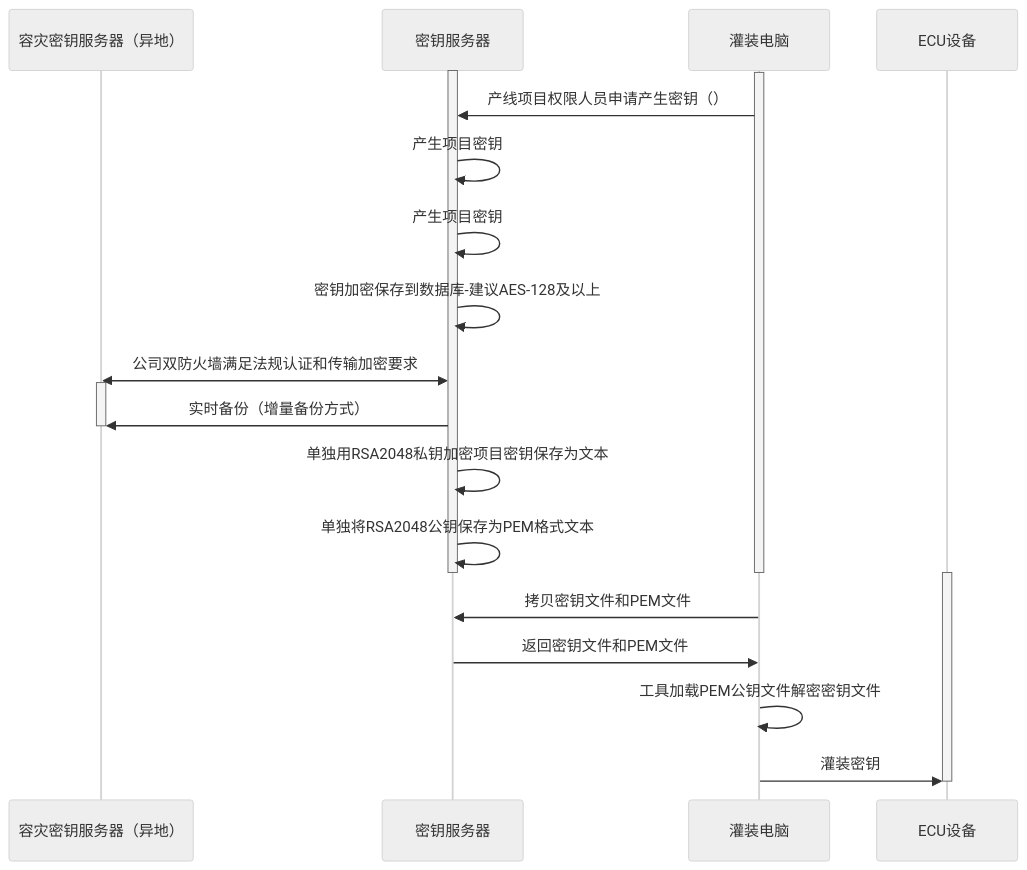
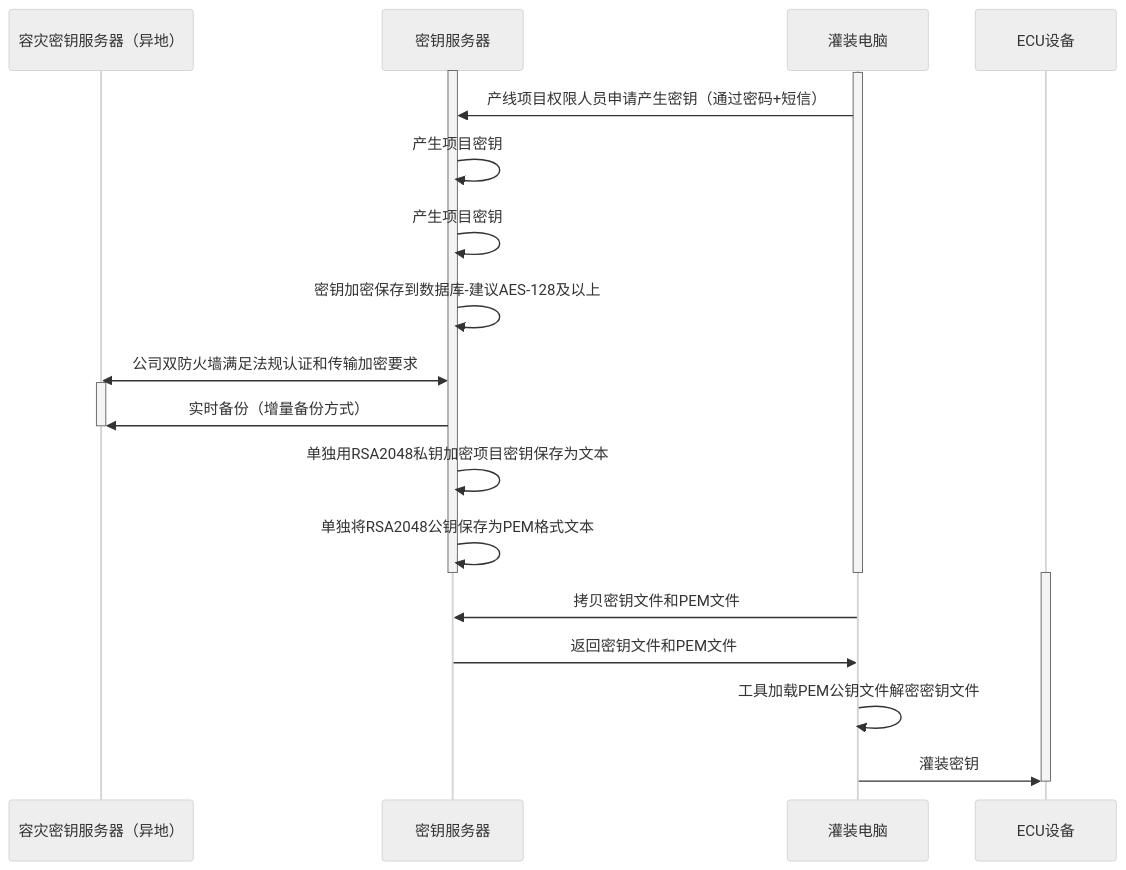
The diagram in all/未命名-15.md (facebook-cloud/iodraw-files), drawn with Mermaid (neutral theme) before and after one commit.

Commit message:
2026-02-11 19:24:40 update

````diff
--- a/all/未命名-15.md
+++ b/all/未命名-15.md
@@ -1,31 +1,31 @@
 ```mermaid
 sequenceDiagram
     participant A as 容灾密钥服务器（异地）
     participant B as 密钥服务器
     participant D as 灌装电脑
     participant E as ECU设备
 
     activate B
     activate D
-    D->>B: 产线项目权限人员申请产生密钥（）
+    D->>B: 产线项目权限人员申请产生密钥（通过密码+短信）
     B->>B: 产生项目密钥
     B->>B: 产生项目密钥
     B->>B: 密钥加密保存到数据库-建议AES-128及以上
     A<<->>B: 公司双防火墙满足法规认证和传输加密要求
 
     activate A
     B->>A: 实时备份（增量备份方式）
     deactivate A
     B->>B: 单独用RSA2048私钥加密项目密钥保存为文本
     B->>B: 单独将RSA2048公钥保存为PEM格式文本
     deactivate B
     deactivate D
 
     activate E
     D->>B: 拷贝密钥文件和PEM文件
     B->>D: 返回密钥文件和PEM文件
     D->>D:工具加载PEM公钥文件解密密钥文件
     D->>E: 灌装密钥
     deactivate E
 
 ```
````
